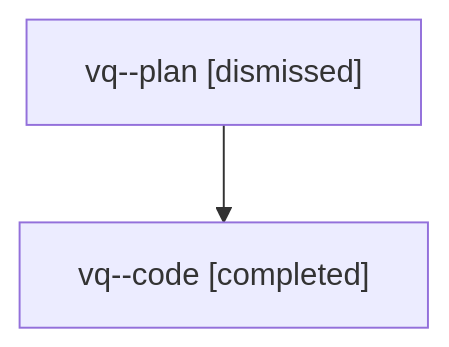
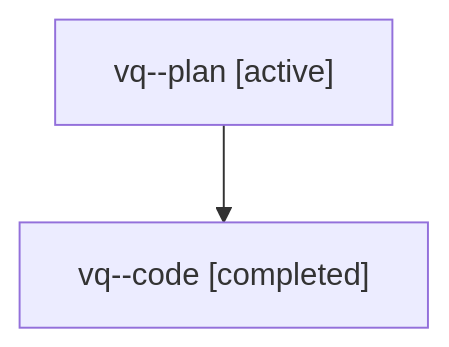
The diagram in families/bbugyi200.athena.vq.md (sase-org/sase--agents), drawn with Mermaid before and after one commit. The commit also changed other lines of this file and 35830 other files, not shown here.

````diff
--- a/families/bbugyi200.athena.vq.md
+++ b/families/bbugyi200.athena.vq.md
@@ -9,6 +9,6 @@
 ```mermaid
 flowchart TD
-  n0["vq--plan [dismissed]"]
+  n0["vq--plan [active]"]
   n1["vq--code [completed]"]
   n0 --> n1
 ```
````
